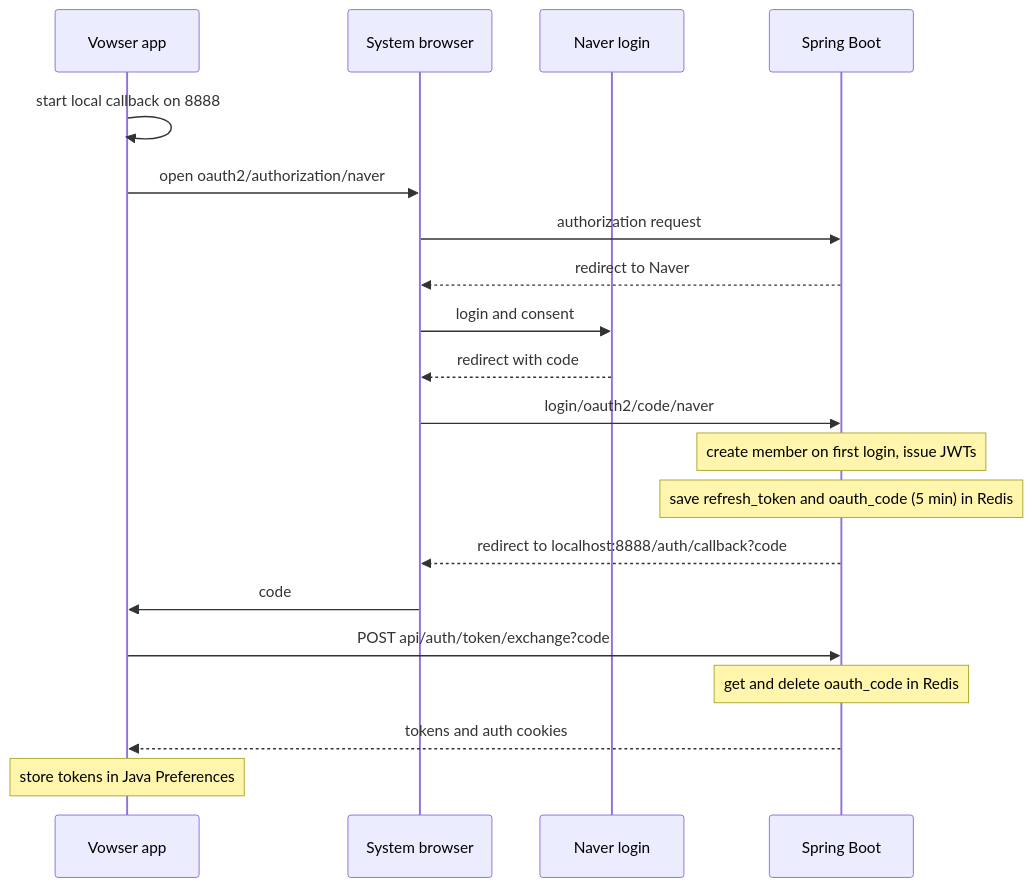
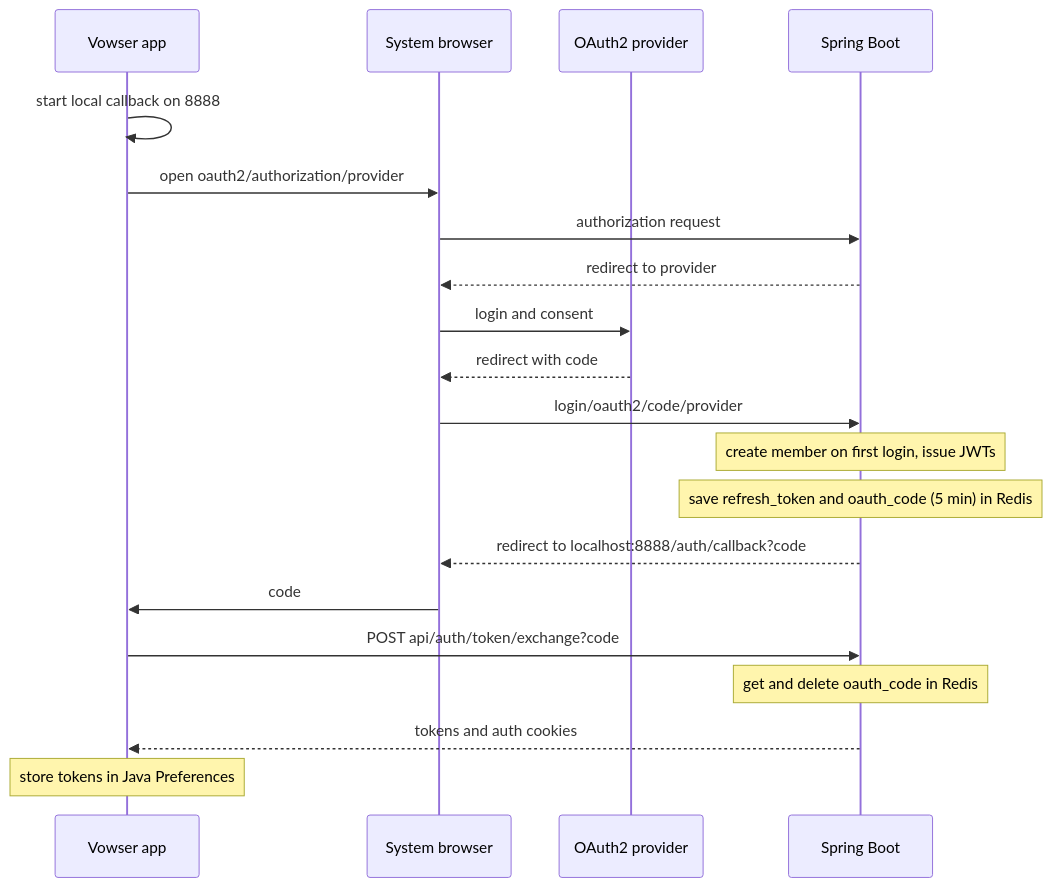
The diagram in content/posts/doc-005871e6-b37a-4873-bbab-0f93aaf467e2.md (gjaku1031/ken-blog), drawn with Mermaid before and after one commit. The commit also changed other lines of this file and 5 other files, not shown here.

````diff
--- a/content/posts/doc-005871e6-b37a-4873-bbab-0f93aaf467e2.md
+++ b/content/posts/doc-005871e6-b37a-4873-bbab-0f93aaf467e2.md
@@ -31,23 +31,23 @@
 ```mermaid caption="토큰은 서버와 앱 사이의 교환 요청에서만 오가고, 브라우저에는 일회용 코드만 지나감"
 sequenceDiagram
     %% legend: solid=요청; dotted=응답
     participant App as Vowser app
     participant Browser as System browser
-    participant Naver as Naver login
+    participant IdP as OAuth2 provider
     participant Spring as Spring Boot
     App->>App: start local callback on 8888
-    App->>Browser: open oauth2/authorization/naver
+    App->>Browser: open oauth2/authorization/provider
     Browser->>Spring: authorization request
-    Spring-->>Browser: redirect to Naver
-    Browser->>Naver: login and consent
-    Naver-->>Browser: redirect with code
-    Browser->>Spring: login/oauth2/code/naver
+    Spring-->>Browser: redirect to provider
+    Browser->>IdP: login and consent
+    IdP-->>Browser: redirect with code
+    Browser->>Spring: login/oauth2/code/provider
     Note over Spring: create member on first login, issue JWTs
     Note over Spring: save refresh_token and oauth_code (5 min) in Redis
     Spring-->>Browser: redirect to localhost:8888/auth/callback?code
     Browser->>App: code
     App->>Spring: POST api/auth/token/exchange?code
     Note over Spring: get and delete oauth_code in Redis
     Spring-->>App: tokens and auth cookies
     Note over App: store tokens in Java Preferences
 ```
````
